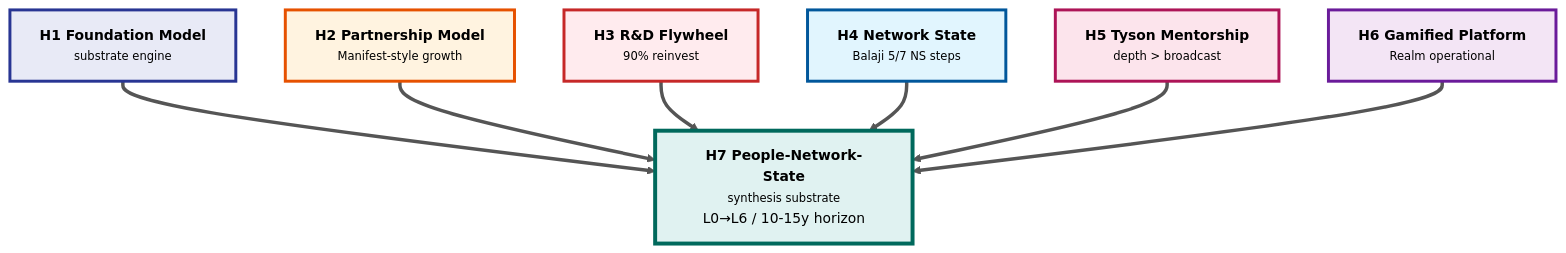
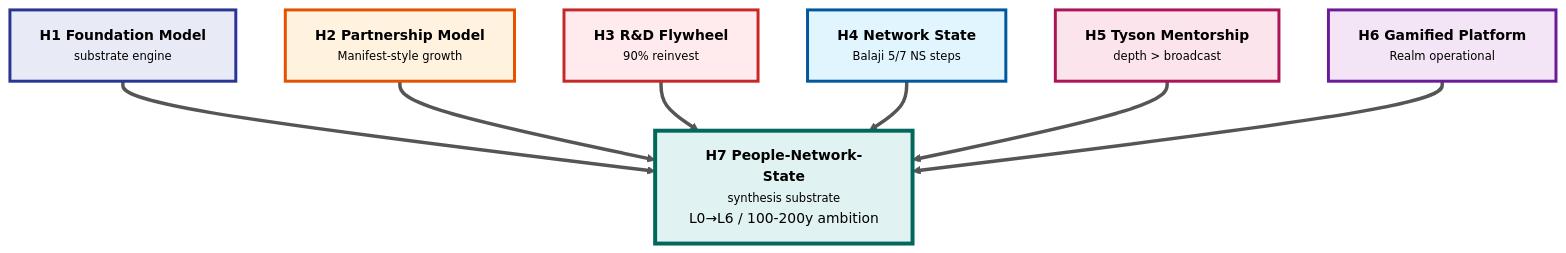
One commit to Bogersebekov/jetix-os changed the second of 6 diagrams in outreach/jetix-mentor-partner-pitch-2026-05-12.md. Above: the diagram before and after it, drawn with Mermaid. The commit also changed other lines of this file and 1 other file, not shown here.

````diff
--- a/outreach/jetix-mentor-partner-pitch-2026-05-12.md
+++ b/outreach/jetix-mentor-partner-pitch-2026-05-12.md
@@ -282,26 +328,26 @@
 ```mermaid
 %%{init: {'theme':'base', 'themeVariables': {'primaryColor':'#fff8e1', 'primaryTextColor':'#000', 'primaryBorderColor':'#f57c00', 'lineColor':'#555', 'fontFamily':'Inter, system-ui, sans-serif', 'fontSize':'14px'}}}%%
 flowchart TB
     H1["<b>H1 Foundation Model</b><br/><small>substrate engine</small>"]:::substrate
     H2["<b>H2 Partnership Model</b><br/><small>Manifest-style growth</small>"]:::tools
     H3["<b>H3 R&amp;D Flywheel</b><br/><small>90% reinvest</small>"]:::guard
     H4["<b>H4 Network State</b><br/><small>Balaji 5/7 NS steps</small>"]:::phone
     H5["<b>H5 Tyson Mentorship</b><br/><small>depth &gt; broadcast</small>"]:::master
     H6["<b>H6 Gamified Platform</b><br/><small>Realm operational</small>"]:::auto
-    H7["<b>H7 People-Network-State</b><br/><small>synthesis substrate</small><br/>L0→L6 / 10-15y horizon"]:::storage
+    H7["<b>H7 People-Network-State</b><br/><small>synthesis substrate</small><br/>L0→L6 / 100-200y ambition"]:::storage
 
     H1 ==> H7
     H2 ==> H7
     H3 ==> H7
     H4 ==> H7
     H5 ==> H7
     H6 ==> H7
 
     classDef substrate fill:#e8eaf6,stroke:#283593,stroke-width:3px,color:#000
     classDef tools fill:#fff3e0,stroke:#e65100,stroke-width:3px,color:#000
     classDef guard fill:#ffebee,stroke:#c62828,stroke-width:3px,color:#000
     classDef phone fill:#e1f5fe,stroke:#01579b,stroke-width:3px,color:#000
     classDef master fill:#fce4ec,stroke:#ad1457,stroke-width:3px,color:#000
     classDef auto fill:#f3e5f5,stroke:#6a1b9a,stroke-width:3px,color:#000
     classDef storage fill:#e0f2f1,stroke:#00695c,stroke-width:4px,color:#000
 ```
````
